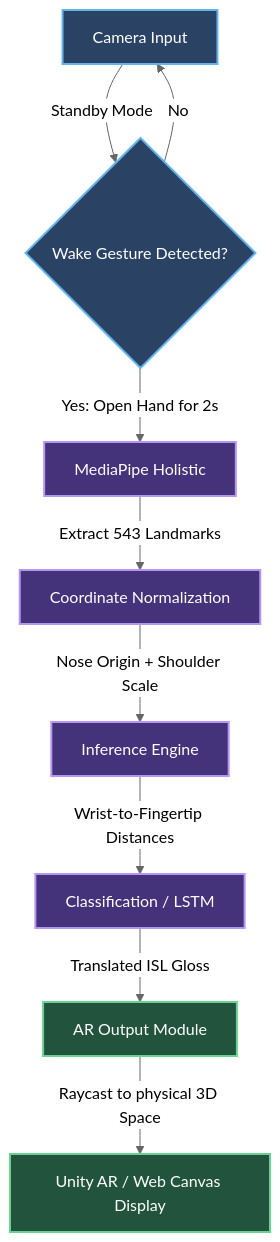
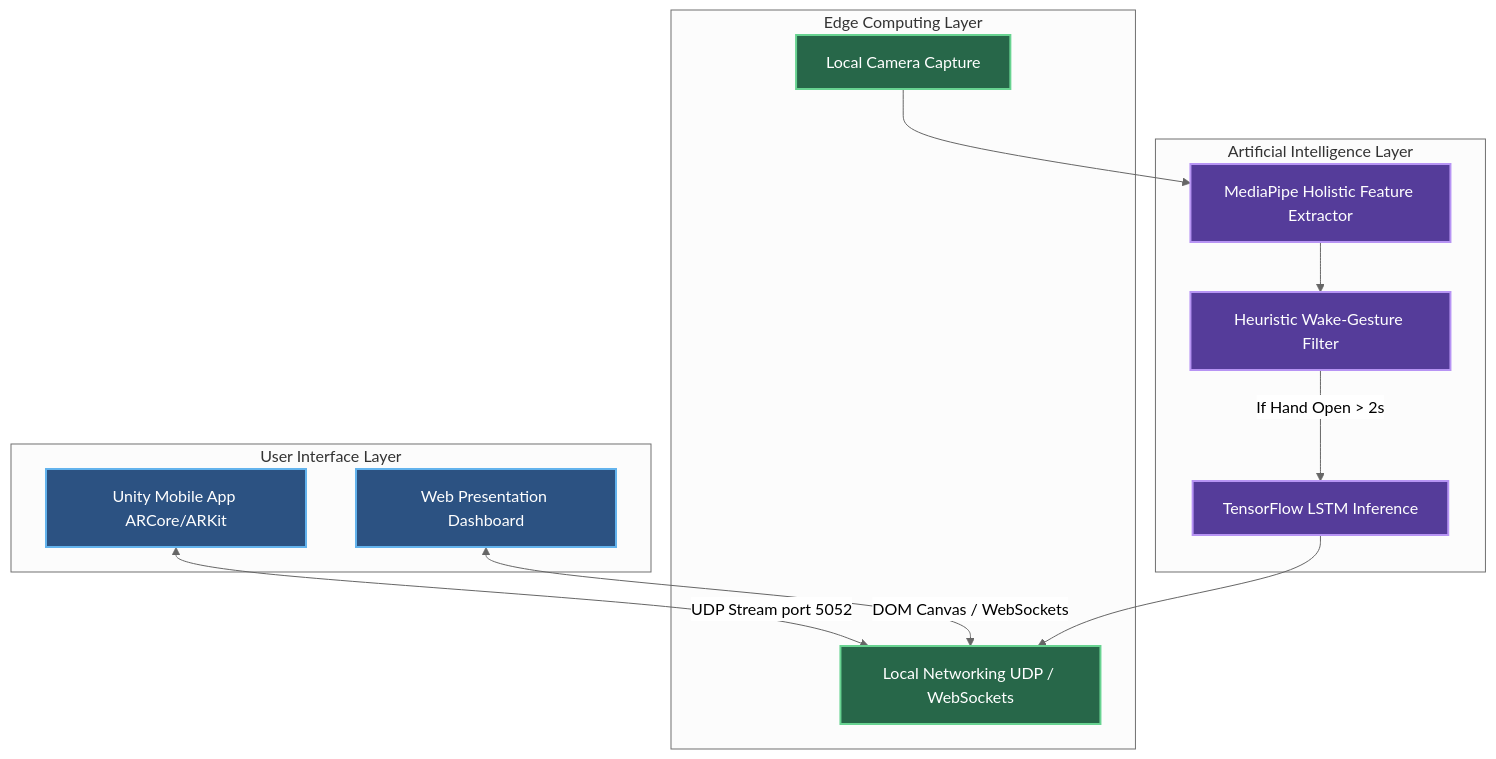
One commit to bradman-14/sign-language-translation-AR changed the first of 2 diagrams in README.md. Above: the diagram before and after it, drawn with Mermaid (neutral theme). The commit also changed other lines of this file, not shown here.

Commit message:
docs: separate system architecture and data flow into detailed diagrams

````diff
--- a/README.md
+++ b/README.md
@@ -36,19 +36,33 @@
 ```mermaid
 graph TD
-    A[Camera Input] -->|Standby Mode| B{Wake Gesture Detected?}
-    B -- No --> A
-    B -- Yes: Open Hand for 2s --> C[MediaPipe Holistic]
-    C -->|Extract 543 Landmarks| D[Coordinate Normalization]
-    D -->|Nose Origin + Shoulder Scale| E[Inference Engine]
-    E -->|Wrist-to-Fingertip Distances| F[Classification / LSTM]
-    F -->|Translated ISL Gloss| G[AR Output Module]
-    G -->|Raycast to physical 3D Space| H[Unity AR / Web Canvas Display]
+    subgraph Frontend [User Interface Layer]
+        A1[Unity Mobile App ARCore/ARKit]
+        A2[Web Presentation Dashboard]
+    end
+
+    subgraph EdgeDevice [Edge Computing Layer]
+        B1[Local Camera Capture]
+        B2[Local Networking UDP / WebSockets]
+    end
+
+    subgraph AI [Artificial Intelligence Layer]
+        C1[MediaPipe Holistic Feature Extractor]
+        C2[TensorFlow LSTM Inference]
+        C3[Heuristic Wake-Gesture Filter]
+    end
+
+    A1 <-->|UDP Stream port 5052| B2
+    A2 <-->|DOM Canvas / WebSockets| B2
+    B1 --> C1
+    C1 --> C3
+    C3 -->|If Hand Open > 2s| C2
+    C2 --> B2
     
-    classDef blue fill:#2a4365,stroke:#63b3ed,stroke-width:2px,color:#fff
-    classDef green fill:#22543d,stroke:#68d391,stroke-width:2px,color:#fff
-    classDef purple fill:#44337a,stroke:#b794f4,stroke-width:2px,color:#fff
+    classDef ui fill:#2c5282,stroke:#63b3ed,stroke-width:2px,color:#fff
+    classDef edge fill:#276749,stroke:#68d391,stroke-width:2px,color:#fff
+    classDef ai fill:#553c9a,stroke:#b794f4,stroke-width:2px,color:#fff
     
-    class A,B blue
-    class C,D,E,F purple
-    class G,H green
+    class A1,A2 ui
+    class B1,B2 edge
+    class C1,C2,C3 ai
 ```
````
